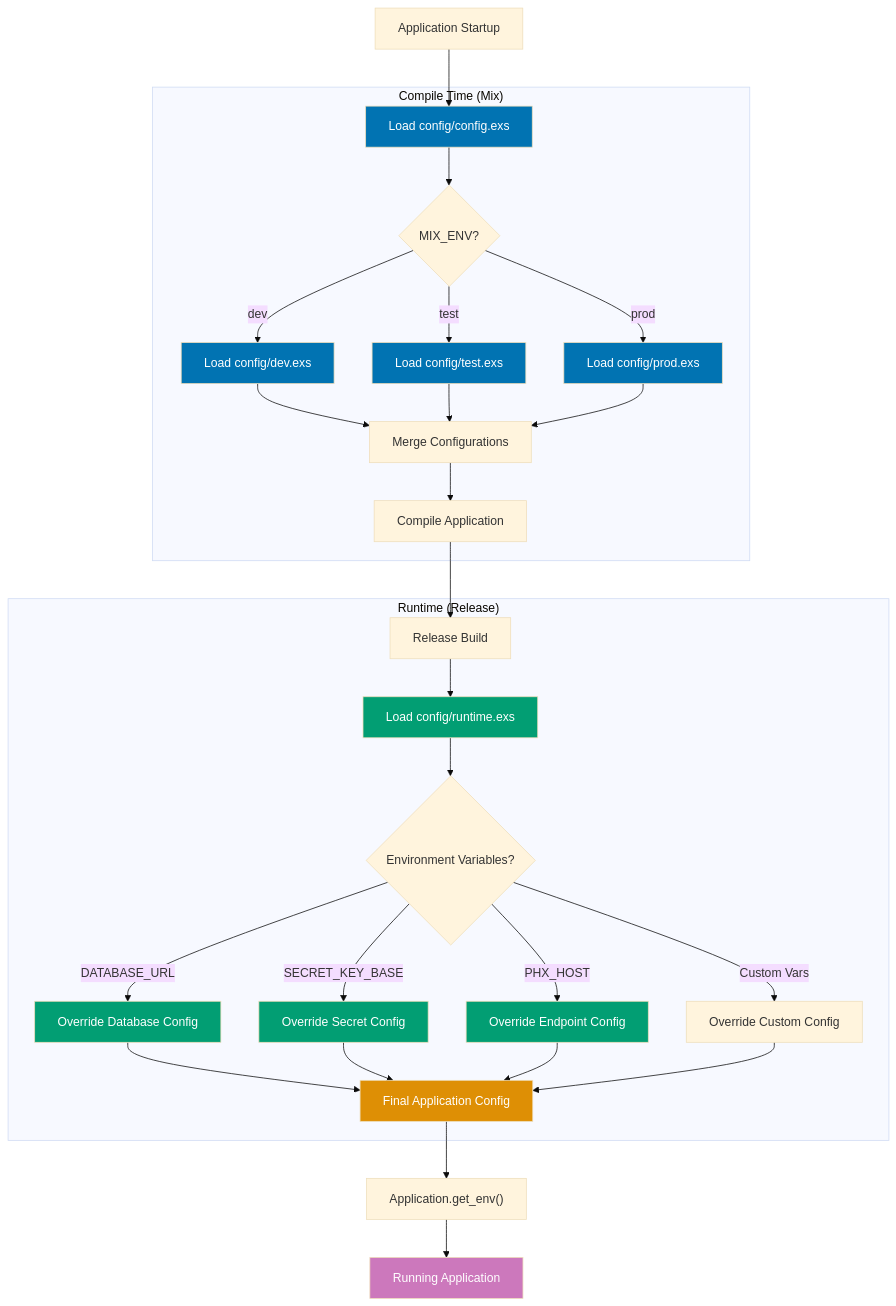
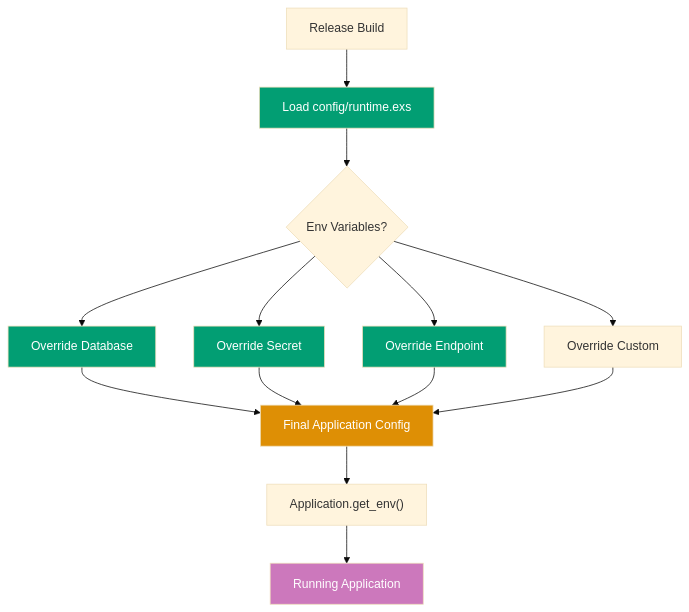
One commit to wahidyankf/open-sharia-enterprise changed the second of 2 diagrams in docs/explanation/software-engineering/platform-web/tools/elixir-phoenix/configuration.md. Above: the diagram before and after it, drawn with Mermaid (base theme). The commit also changed 16 other files, not shown here.

First line of the commit message:
fix(docs): fix mermaid violations in elixir docs

````diff
--- a/docs/explanation/software-engineering/platform-web/tools/elixir-phoenix/configuration.md
+++ b/docs/explanation/software-engineering/platform-web/tools/elixir-phoenix/configuration.md
@@ -68,67 +96,28 @@
 ```mermaid
 %% Color Palette: Blue #0173B2, Orange #DE8F05, Teal #029E73, Purple #CC78BC
 %% All colors are color-blind friendly and meet WCAG AA contrast standards
 
 graph TD
-    A[Application Startup] --> B[Load config/config.exs]
-    B --> C{MIX_ENV?}
+    I[Release Build] --> J[Load config/runtime.exs]
+    J --> K{Env Variables?}
 
-    C -->|dev| D[Load config/dev.exs]
-    C -->|test| E[Load config/test.exs]
-    C -->|prod| F[Load config/prod.exs]
-
-    D --> G[Merge Configurations]
-    E --> G
-    F --> G
-
-    G --> H[Compile Application]
-
-    H --> I[Release Build]
-    I --> J[Load config/runtime.exs]
-
-    J --> K{Environment Variables?}
-    K -->|DATABASE_URL| L[Override Database Config]
-    K -->|SECRET_KEY_BASE| M[Override Secret Config]
-    K -->|PHX_HOST| N[Override Endpoint Config]
-    K -->|Custom Vars| O[Override Custom Config]
+    K --> L[Override Database]
+    K --> M[Override Secret]
+    K --> N[Override Endpoint]
+    K --> O[Override Custom]
 
     L --> P[Final Application Config]
     M --> P
     N --> P
     O --> P
 
     P --> Q[Application.get_env#40;#41;]
     Q --> R[Running Application]
 
-    subgraph "Compile Time #40;Mix#41;"
-        B
-        C
-        D
-        E
-        F
-        G
-        H
-    end
-
-    subgraph "Runtime #40;Release#41;"
-        I
-        J
-        K
-        L
-        M
-        N
-        O
-        P
-    end
-
-    style B fill:#0173B2,color:#fff
-    style D fill:#0173B2,color:#fff
-    style E fill:#0173B2,color:#fff
-    style F fill:#0173B2,color:#fff
     style J fill:#029E73,color:#fff
     style L fill:#029E73,color:#fff
     style M fill:#029E73,color:#fff
     style N fill:#029E73,color:#fff
     style P fill:#DE8F05,color:#fff
     style R fill:#CC78BC,color:#fff
 ```
````
